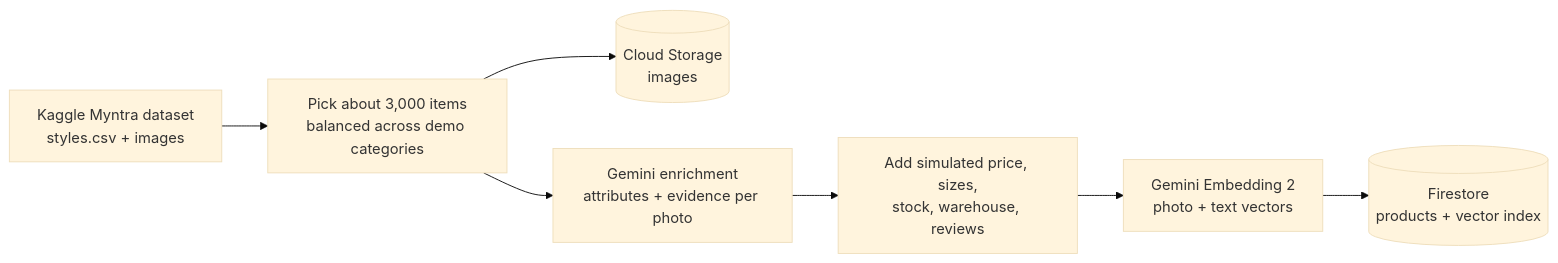
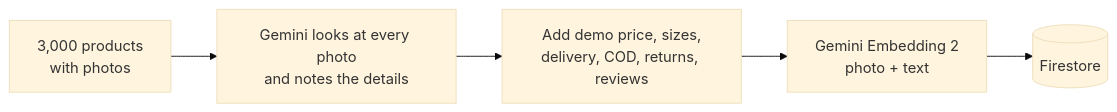
The third of 3 diagrams in PLAN.md (sarika-purohit/ecommai), drawn with Mermaid (base theme) before and after one commit. The commit also changed other lines of this file, not shown here.

Commit message:
PLAN.md: rewrite in simple language, remove timelines, use Gemini embeddings throughout

````diff
--- a/PLAN.md
+++ b/PLAN.md
@@ -462,9 +318,7 @@
 ```mermaid
 flowchart LR
-  K["Kaggle Myntra dataset<br/>styles.csv + images"] --> P["Pick about 3,000 items<br/>balanced across demo categories"]
-  P --> GCS[("Cloud Storage<br/>images")]
-  P --> EN["Gemini enrichment<br/>attributes + evidence per photo"]
-  EN --> SIM["Add simulated price, sizes,<br/>stock, warehouse, reviews"]
-  SIM --> EMB["Gemini Embedding 2<br/>photo + text vectors"]
-  EMB --> FS[("Firestore<br/>products + vector index")]
+  K["3,000 products<br/>with photos"] --> R["Gemini looks at every photo<br/>and notes the details"]
+  R --> S["Add demo price, sizes,<br/>delivery, COD, returns, reviews"]
+  S --> E["Gemini Embedding 2<br/>photo + text"]
+  E --> F[("Firestore")]
 ```
````
